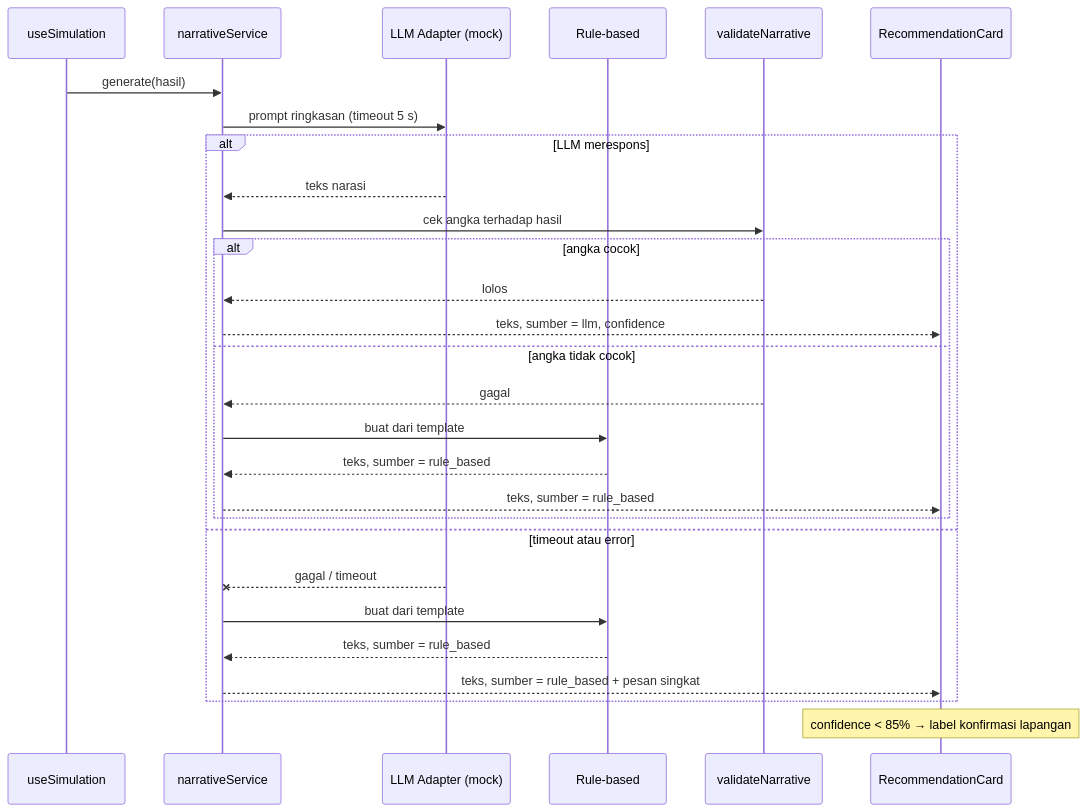
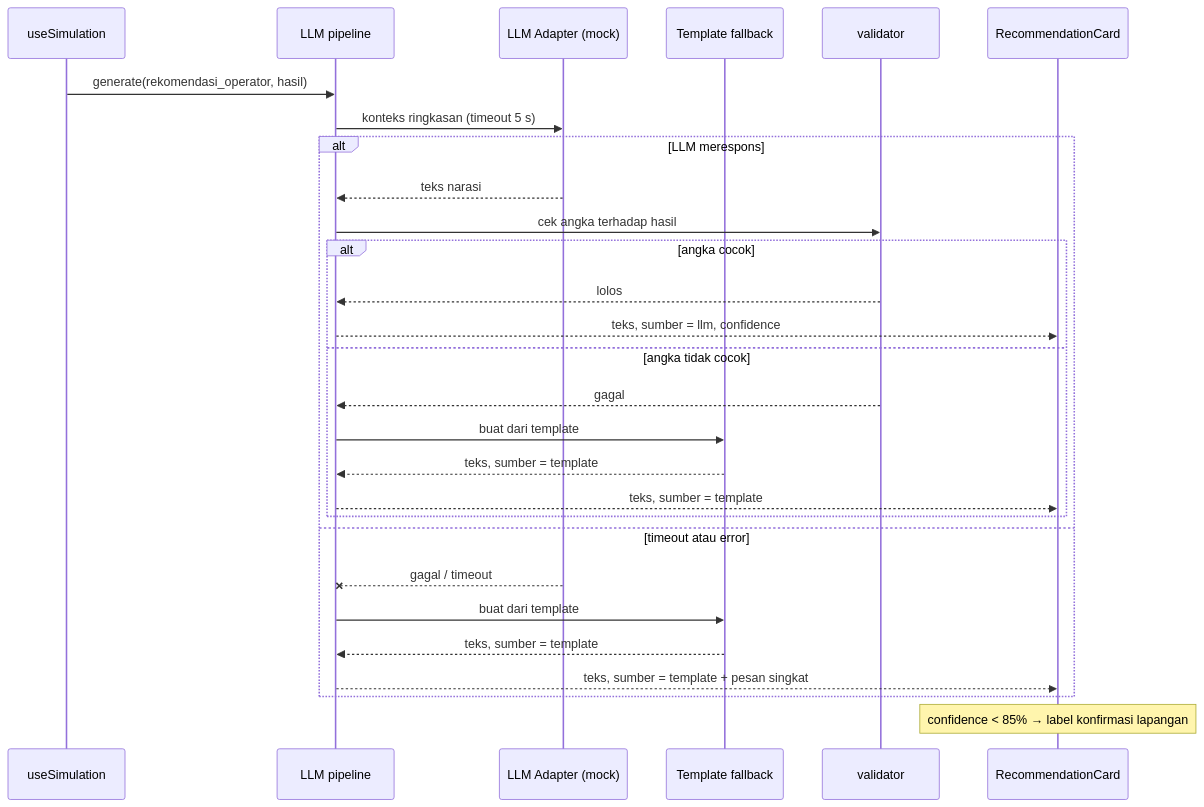
Before and after one commit to argonurcahyo/si_bridges: the second of 6 diagrams in docs/architecture/sequence.md, drawn with Mermaid. The commit also changed other lines of this file and 126 other files, not shown here.

````diff
--- a/docs/architecture/sequence.md
+++ b/docs/architecture/sequence.md
@@ -32,31 +32,31 @@
 ```mermaid
 sequenceDiagram
     participant HK as useSimulation
-    participant NS as narrativeService
+    participant NS as LLM pipeline
     participant LLM as LLM Adapter (mock)
-    participant RB as Rule-based
-    participant VA as validateNarrative
+    participant RB as Template fallback
+    participant VA as validator
     participant RC as RecommendationCard
 
-    HK->>NS: generate(hasil)
-    NS->>LLM: prompt ringkasan (timeout 5 s)
+    HK->>NS: generate(rekomendasi_operator, hasil)
+    NS->>LLM: konteks ringkasan (timeout 5 s)
     alt LLM merespons
         LLM-->>NS: teks narasi
         NS->>VA: cek angka terhadap hasil
         alt angka cocok
             VA-->>NS: lolos
             NS-->>RC: teks, sumber = llm, confidence
         else angka tidak cocok
             VA-->>NS: gagal
             NS->>RB: buat dari template
-            RB-->>NS: teks, sumber = rule_based
-            NS-->>RC: teks, sumber = rule_based
+            RB-->>NS: teks, sumber = template
+            NS-->>RC: teks, sumber = template
         end
     else timeout atau error
         LLM--xNS: gagal / timeout
         NS->>RB: buat dari template
-        RB-->>NS: teks, sumber = rule_based
-        NS-->>RC: teks, sumber = rule_based + pesan singkat
+        RB-->>NS: teks, sumber = template
+        NS-->>RC: teks, sumber = template + pesan singkat
     end
     Note over RC: confidence < 85% → label konfirmasi lapangan
 ```
````
